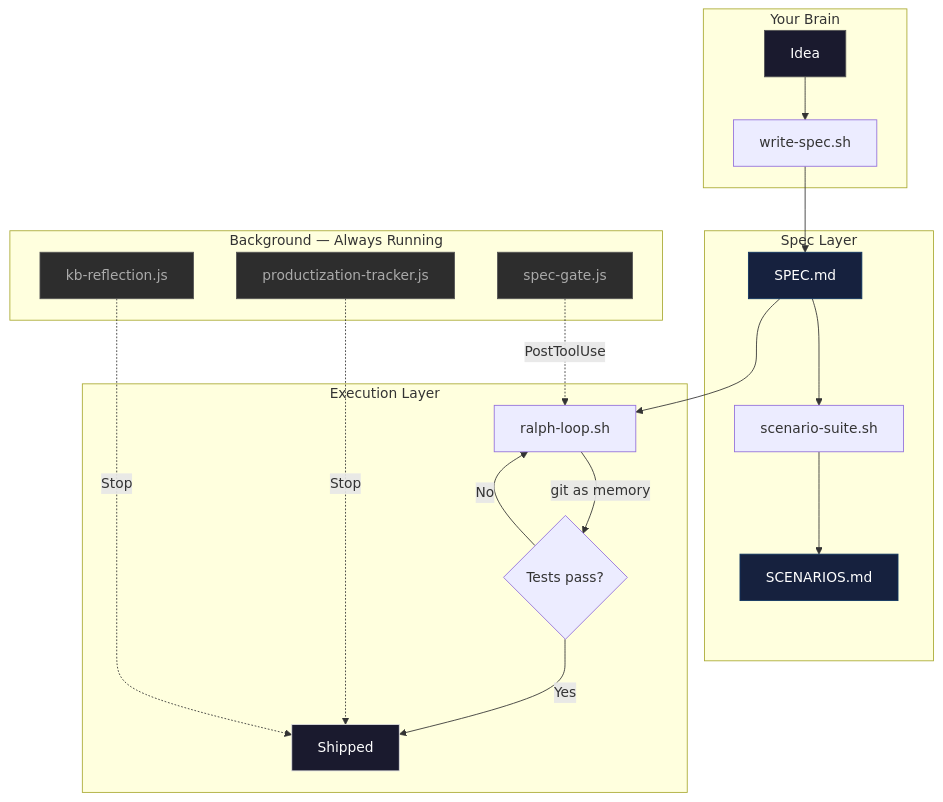
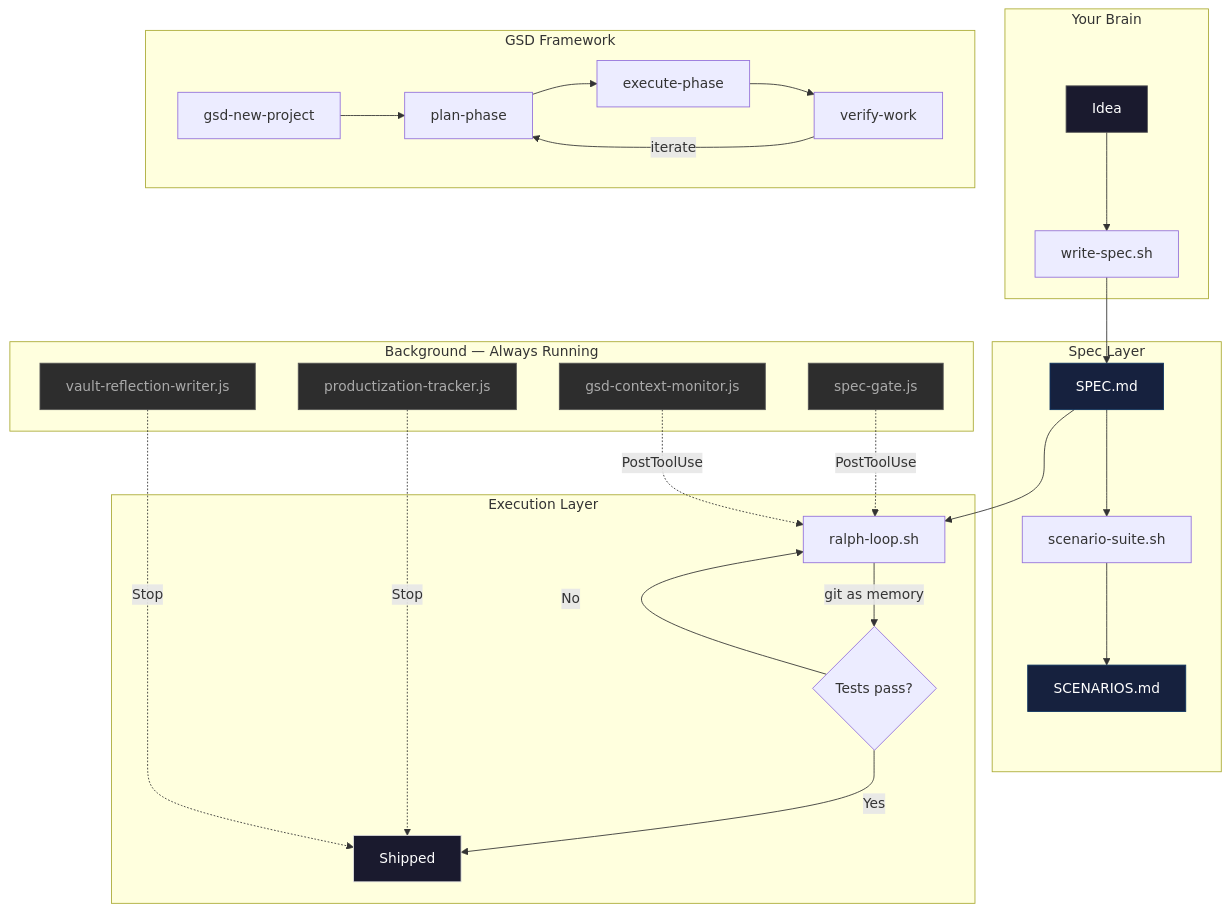
One commit to Elit3-X/elitex-skill-library changed the first of 3 diagrams in README.md. Above: the diagram before and after it, drawn with Mermaid. The commit also changed other lines of this file, not shown here.

First line of the commit message:
docs: update README with agents, GSD framework, vault hooks, teams

````diff
--- a/README.md
+++ b/README.md
@@ -33,33 +35,42 @@
 ```mermaid
 graph TB
     subgraph "Your Brain"
         A[Idea] --> B["write-spec.sh"]
     end
 
     subgraph "Spec Layer"
         B --> C[SPEC.md]
         C --> D["scenario-suite.sh"]
         D --> E[SCENARIOS.md]
     end
 
     subgraph "Execution Layer"
         C --> F["ralph-loop.sh"]
         F -->|"git as memory"| G{Tests pass?}
         G -->|No| F
         G -->|Yes| H[Shipped]
     end
 
+    subgraph "GSD Framework"
+        I2["gsd-new-project"] --> I3["plan-phase"]
+        I3 --> I4["execute-phase"]
+        I4 --> I5["verify-work"]
+        I5 -->|"iterate"| I3
+    end
+
     subgraph "Background — Always Running"
         I["spec-gate.js"] -.->|"PostToolUse"| F
         J["productization-tracker.js"] -.->|"Stop"| H
-        K["kb-reflection.js"] -.->|"Stop"| H
+        K["vault-reflection-writer.js"] -.->|"Stop"| H
+        L["gsd-context-monitor.js"] -.->|"PostToolUse"| F
     end
 
     style A fill:#1a1a2e,stroke:#555,color:#fff
     style C fill:#16213e,stroke:#0f3460,color:#fff
     style E fill:#16213e,stroke:#0f3460,color:#fff
     style H fill:#1a1a2e,stroke:#e0e0e0,color:#fff
     style I fill:#2d2d2d,stroke:#555,color:#aaa
     style J fill:#2d2d2d,stroke:#555,color:#aaa
     style K fill:#2d2d2d,stroke:#555,color:#aaa
+    style L fill:#2d2d2d,stroke:#555,color:#aaa
 ```
````
